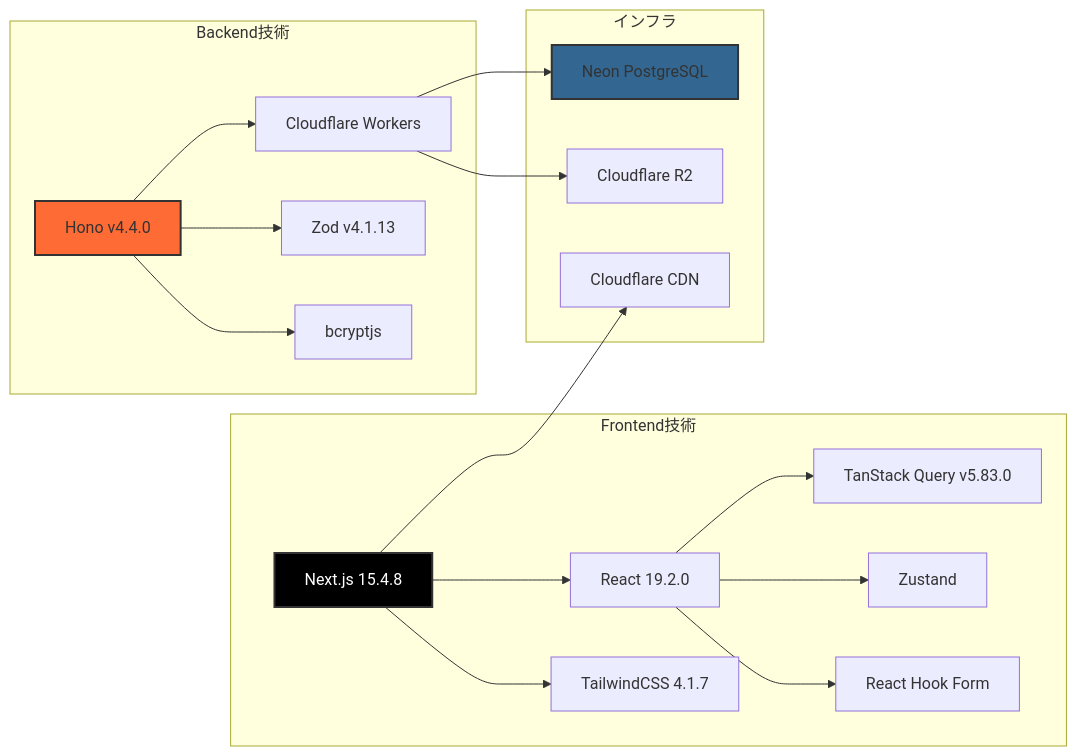
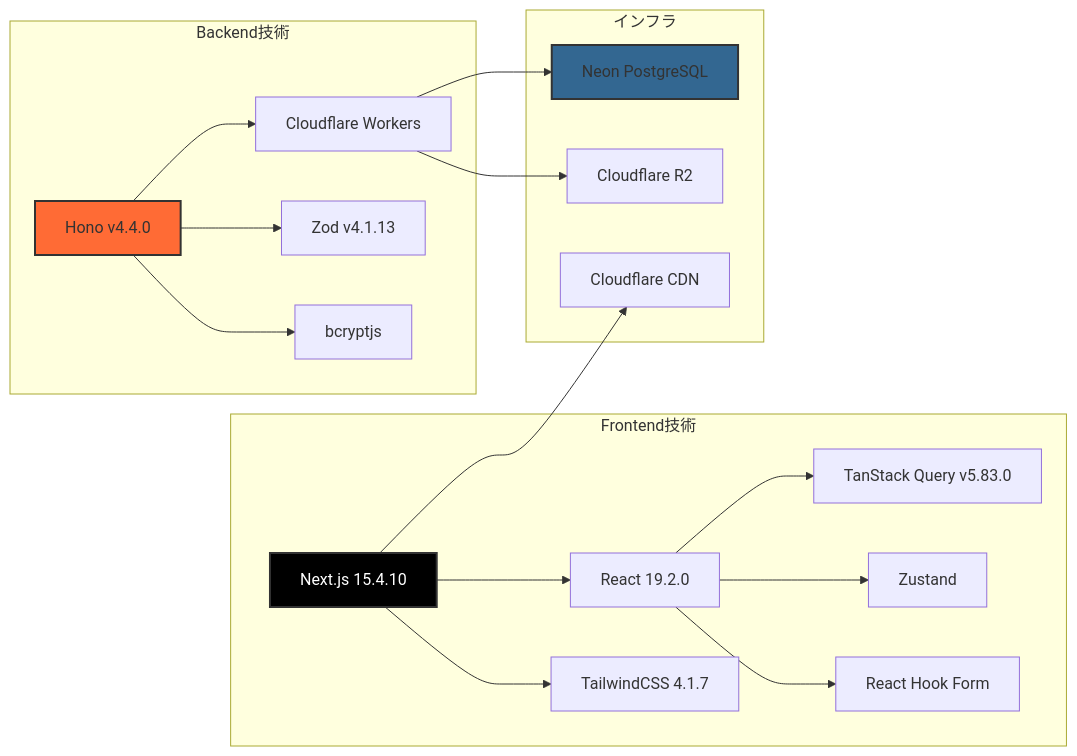
The third of 3 diagrams in readme.md (ProjectEuropa/Europa), drawn with Mermaid before and after one commit. The commit also changed other lines of this file, not shown here.

Commit message:
docs: update Next.js version in README (15.4.8 → 15.4.10)
Address review feedback point 4 from PR #301 review.
The actual installed version is 15.4.10 as per package-lock.json.

````diff
--- a/readme.md
+++ b/readme.md
@@ -222,42 +222,42 @@
 ```mermaid
 graph LR
     subgraph "Frontend技術"
-        NextJS[Next.js 15.4.8]
+        NextJS[Next.js 15.4.10]
         React[React 19.2.0]
         TailwindCSS[TailwindCSS 4.1.7]
         TanStack[TanStack Query v5.83.0]
         Zustand[Zustand]
         RHF[React Hook Form]
     end
 
     subgraph "Backend技術"
         Hono[Hono v4.4.0]
         Workers[Cloudflare Workers]
         Zod[Zod v4.1.13]
         Bcrypt[bcryptjs]
     end
 
     subgraph "インフラ"
         Neon[Neon PostgreSQL]
         R2[Cloudflare R2]
         CF[Cloudflare CDN]
     end
 
     NextJS --> React
     NextJS --> TailwindCSS
     React --> TanStack
     React --> Zustand
     React --> RHF
 
     Hono --> Workers
     Hono --> Zod
     Hono --> Bcrypt
 
     Workers --> Neon
     Workers --> R2
     NextJS --> CF
 
     style NextJS fill:#000,color:#fff,stroke:#333,stroke-width:2px
     style Hono fill:#ff6b35,stroke:#333,stroke-width:2px
     style Neon fill:#336791,stroke:#333,stroke-width:2px
 ```
````
